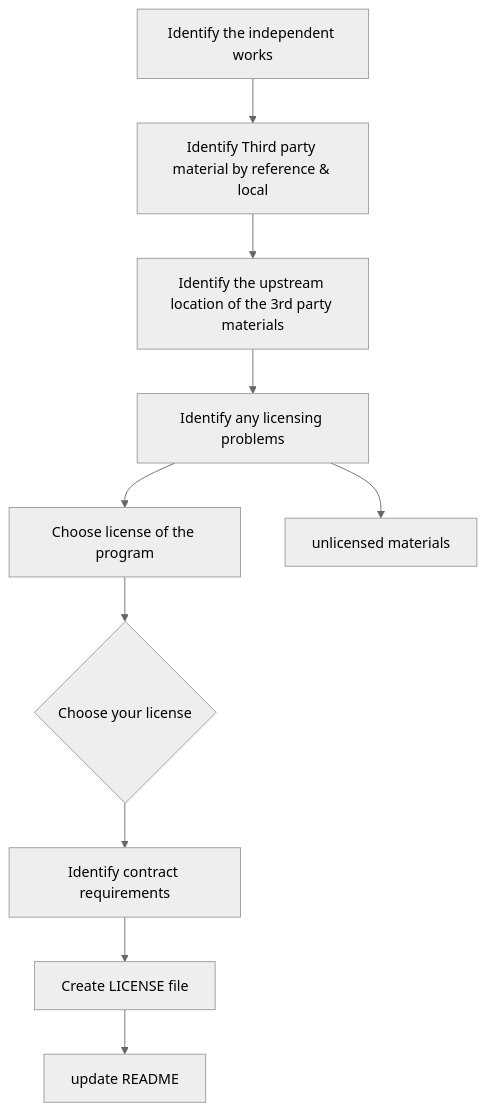
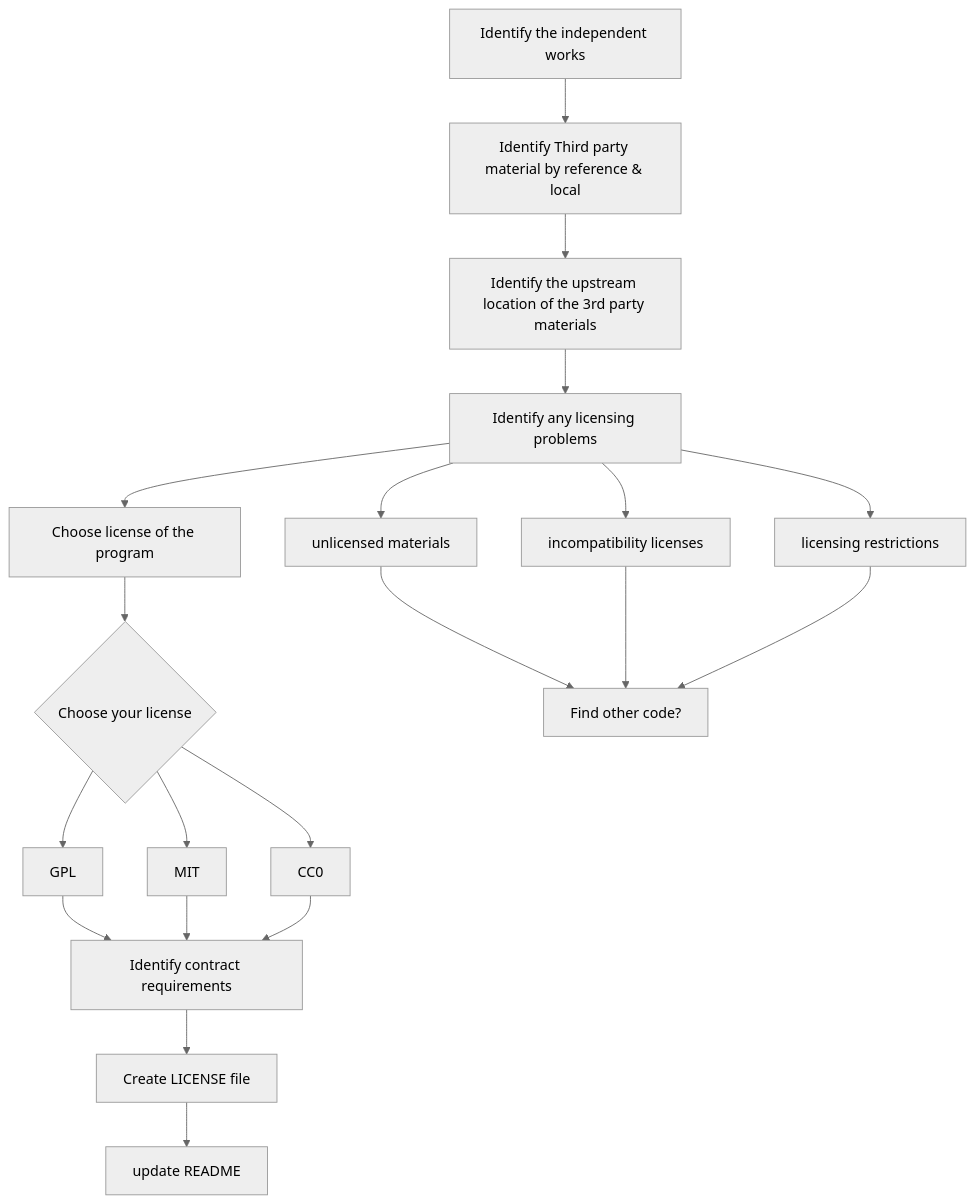
One commit to mgifford/mermaid-graphs changed the diagram in free_software_licensing.md. Above: the diagram before and after it, drawn with Mermaid (neutral theme).

Commit message:
Adding more options for the workflow

````diff
--- a/free_software_licensing.md
+++ b/free_software_licensing.md
@@ -3,14 +3,24 @@
 ```mermaid
 graph TD
 
 IdentifyProject[Identify the independent works] --> Identify3rdParty
 Identify3rdParty[Identify Third party material by reference & local] --> UpstreamLocation
 UpstreamLocation[Identify the upstream location of the 3rd party materials] --> Problems
 Problems[Identify any licensing problems] --> NoProblems
 NoProblems[Choose license of the program] --> LicenseChoice
 Problems --> unlicensed[unlicensed materials]
-LicenseChoice{Choose your license} --> contractRequirements
+Problems --> incompatability[incompatibility licenses]
+Problems --> restrictions[licensing restrictions]
+unlicensed --> stop[Find other code?]
+incompatability --> stop[Find other code?]
+restrictions --> stop[Find other code?]
+LicenseChoice{Choose your license}  --> GPL
+LicenseChoice --> MIT
+LicenseChoice --> CC0
+GPL--> contractRequirements
+MIT--> contractRequirements
+CC0--> contractRequirements
 contractRequirements[Identify contract requirements] --> CreatLicense
 CreatLicense[Create LICENSE file] --> UpdateReadme
 UpdateReadme[update README]
 ```
````
